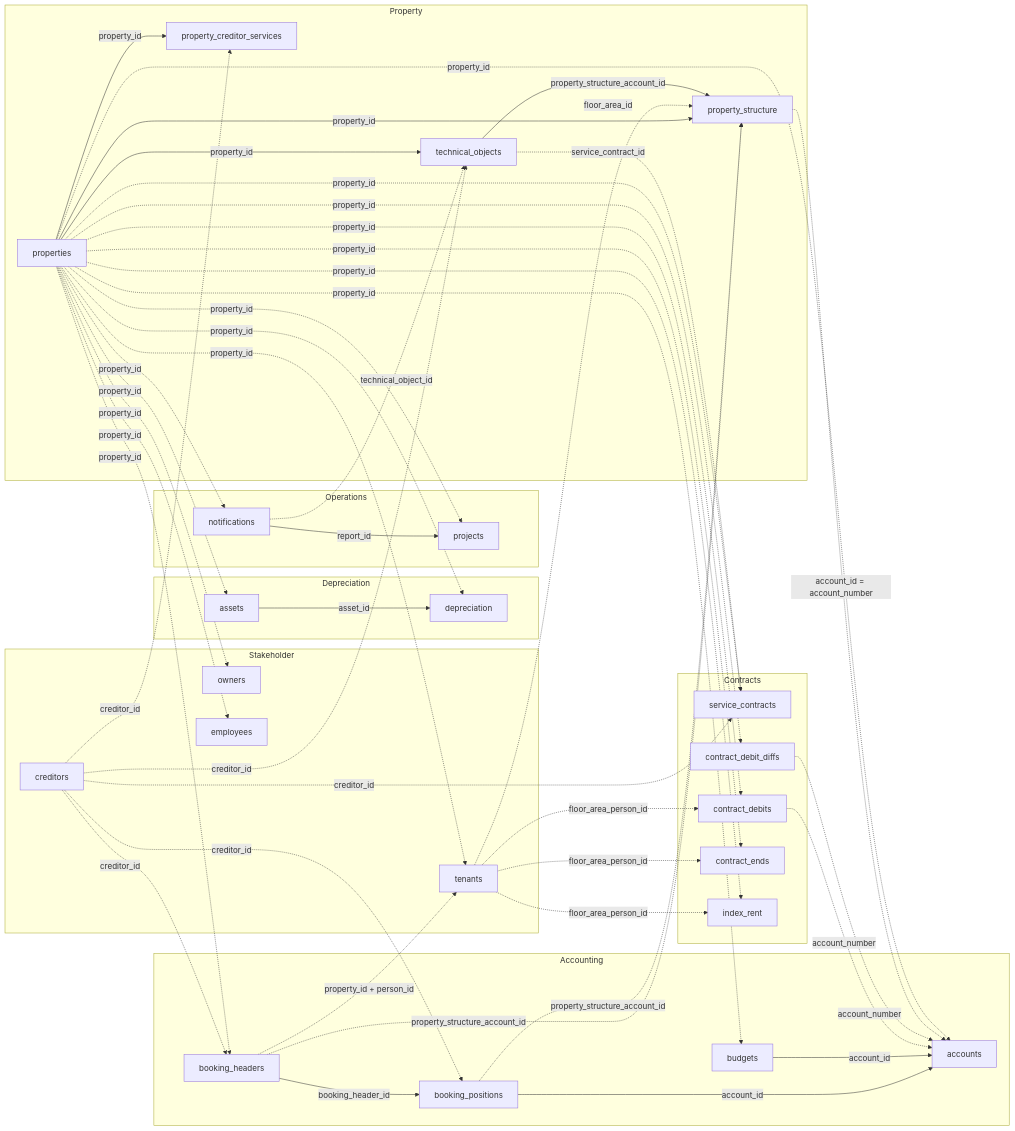
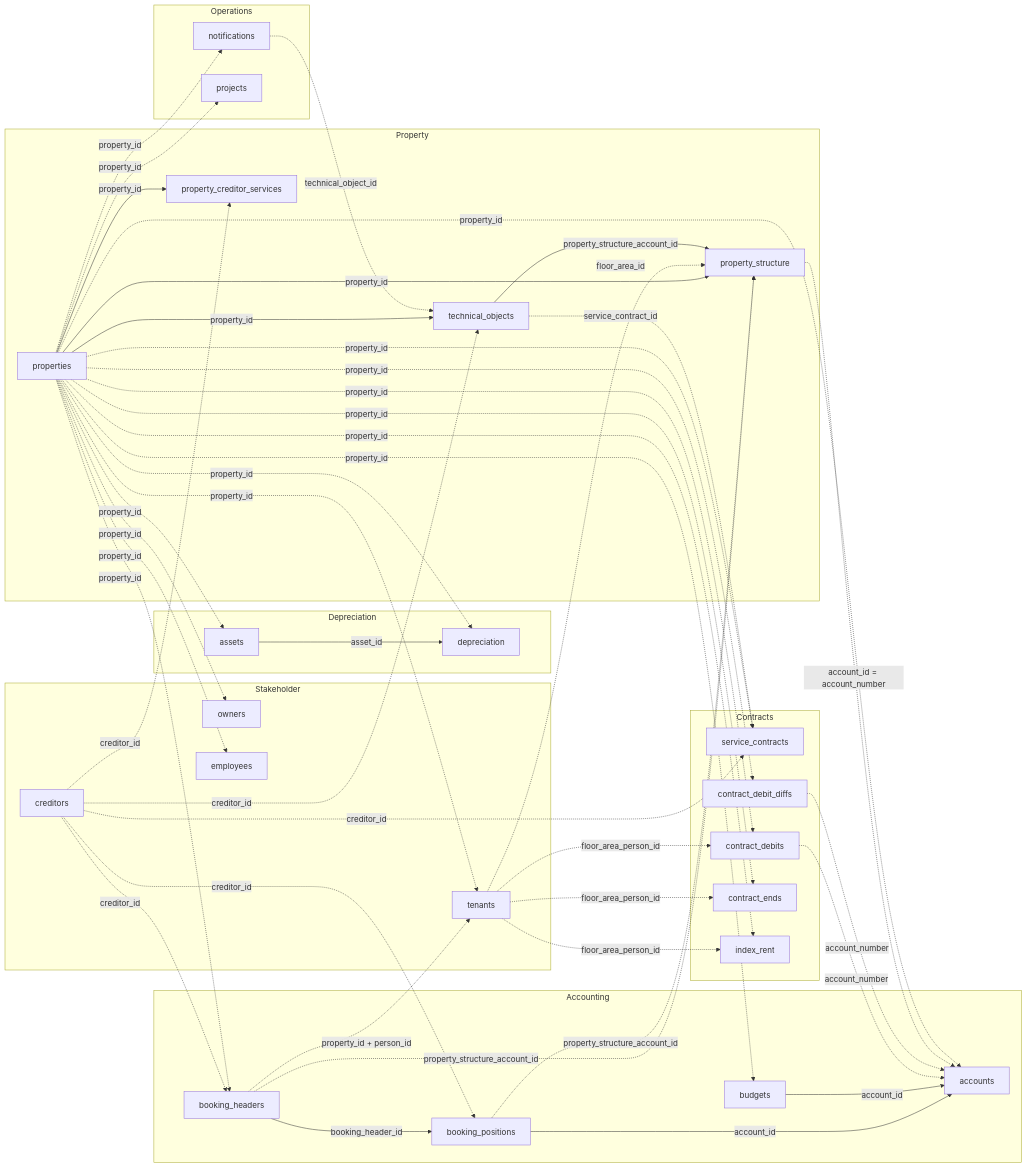
The diagram in de/v1/data-model/overview.mdx (Trassets-ai/api-docs), drawn with Mermaid before and after one commit. The commit also changed other lines of this file and 3 other files, not shown here.

```diff
--- a/de/v1/data-model/overview.mdx
+++ b/de/v1/data-model/overview.mdx
@@ -108,7 +108,6 @@
   property_structure -.->|account_id = account_number| accounts
   properties -.->|property_id| accounts
   notifications -.->|technical_object_id| technical_objects
-  notifications -->|report_id| projects
   technical_objects -.->|service_contract_id| service_contracts
   booking_header -.->|property_id + person_id| tenants
   tenants -.->|floor_area_person_id| contract_debits
```
